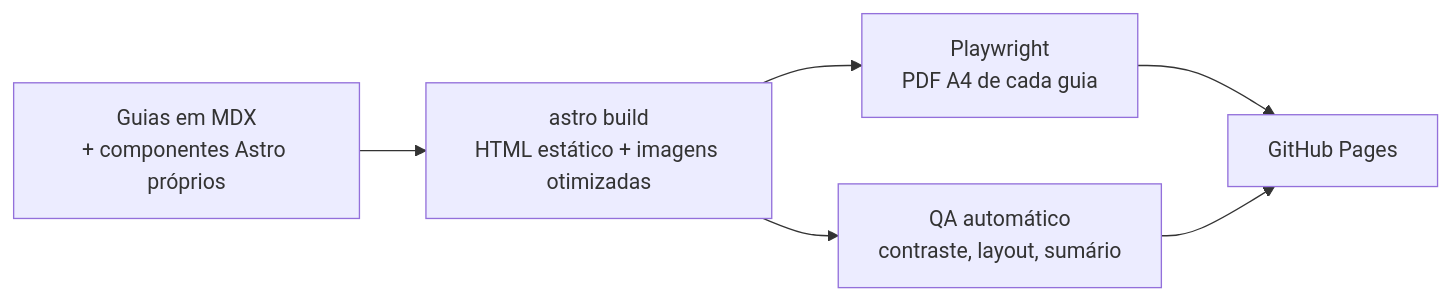
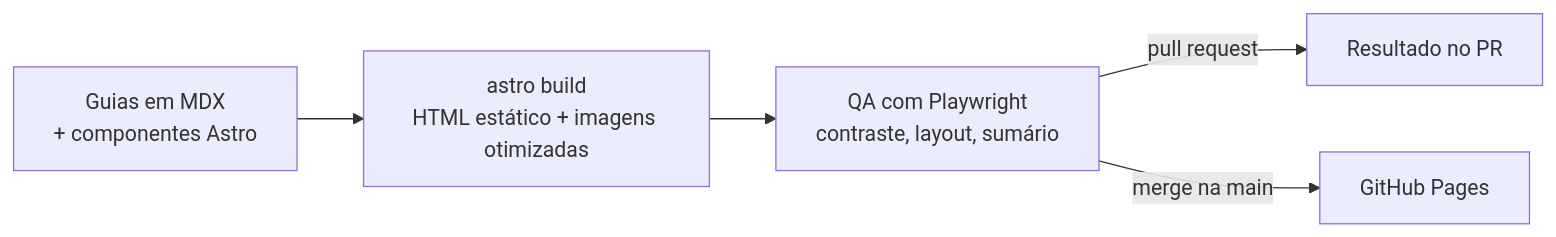
One commit to divinegw/divinegw.github.io changed the diagram in README.md. Above: the diagram before and after it, drawn with Mermaid. The commit also changed other lines of this file and 1686 other files, not shown here.

````diff
--- a/README.md
+++ b/README.md
@@ -66,8 +62,7 @@
 ```mermaid
 flowchart LR
-  A["Guias em MDX<br/>+ componentes Astro próprios"] --> B["astro build<br/>HTML estático + imagens otimizadas"]
-  B --> C["Playwright<br/>PDF A4 de cada guia"]
-  B --> D["QA automático<br/>contraste, layout, sumário"]
-  C --> E["GitHub Pages"]
-  D --> E
+  A["Guias em MDX<br/>+ componentes Astro"] --> B["astro build<br/>HTML estático + imagens otimizadas"]
+  B --> C["QA com Playwright<br/>contraste, layout, sumário"]
+  C -->|pull request| D["Resultado no PR"]
+  C -->|merge na main| E["GitHub Pages"]
 ```
````
